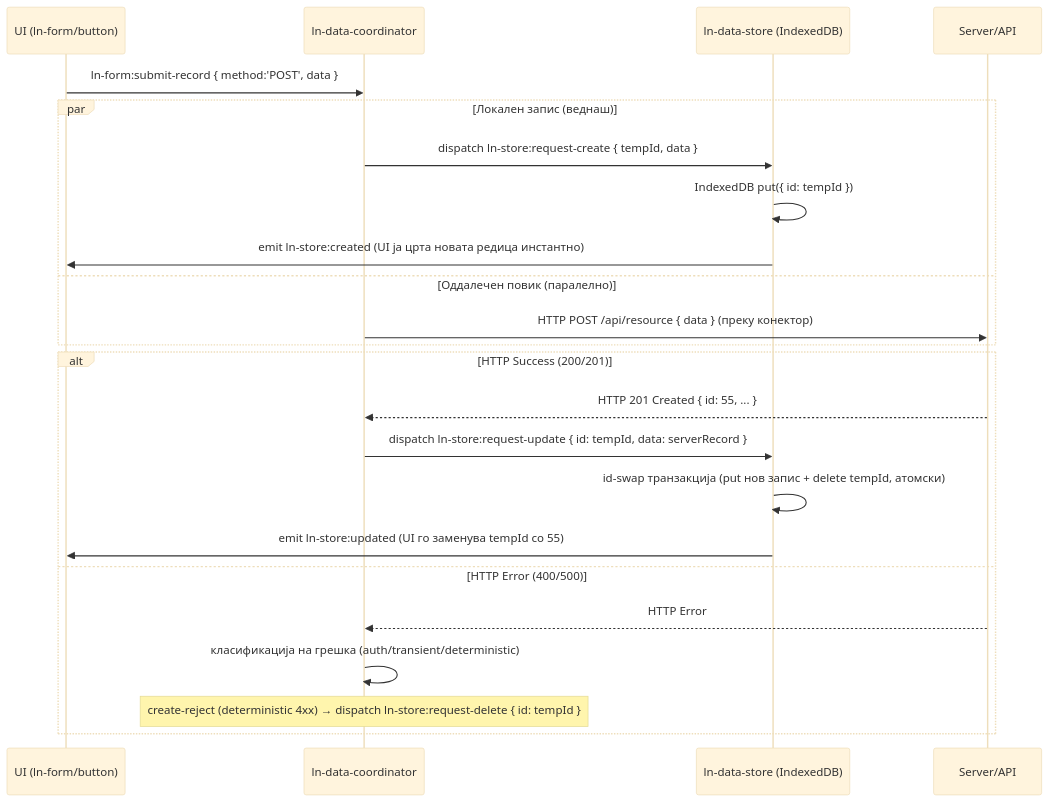
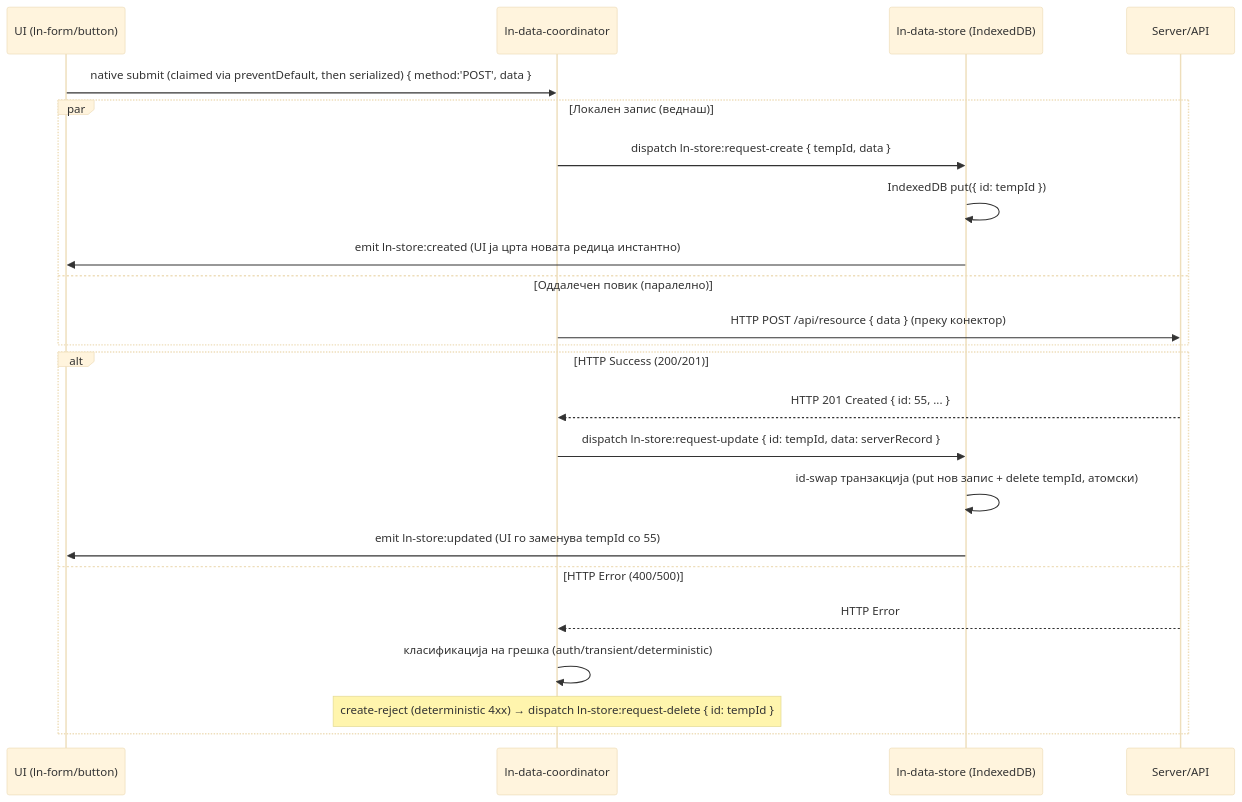
Before and after one commit to livenetworks/ln-ashlar: the diagram in architecture_docs_draft/components/ln-data-store.md, drawn with Mermaid (base theme). The commit also changed other lines of this file and 15 other files, not shown here.

Commit message:
docs: sweep native-submit intake, adopt ul/li for data-layer examples, partial ln-form draft slim

````diff
--- a/architecture_docs_draft/components/ln-data-store.md
+++ b/architecture_docs_draft/components/ln-data-store.md
@@ -97,27 +98,27 @@
 ```mermaid
 sequenceDiagram
     participant UI as UI (ln-form/button)
     participant Coord as ln-data-coordinator
     participant Store as ln-data-store (IndexedDB)
     participant Server as Server/API
 
-    UI->>Coord: ln-form:submit-record { method:'POST', data }
+    UI->>Coord: native submit (claimed via preventDefault, then serialized) { method:'POST', data }
     par Локален запис (веднаш)
         Coord->>Store: dispatch ln-store:request-create { tempId, data }
         Store->>Store: IndexedDB put({ id: tempId })
         Store->>UI: emit ln-store:created (UI ја црта новата редица инстантно)
     and Оддалечен повик (паралелно)
         Coord->>Server: HTTP POST /api/resource { data } (преку конектор)
     end
 
     alt HTTP Success (200/201)
         Server-->>Coord: HTTP 201 Created { id: 55, ... }
         Coord->>Store: dispatch ln-store:request-update { id: tempId, data: serverRecord }
         Store->>Store: id-swap транзакција (put нов запис + delete tempId, атомски)
         Store->>UI: emit ln-store:updated (UI го заменува tempId со 55)
     else HTTP Error (400/500)
         Server-->>Coord: HTTP Error
         Coord->>Coord: класификација на грешка (auth/transient/deterministic)
         Note over Coord: create-reject (deterministic 4xx) → dispatch ln-store:request-delete { id: tempId }
     end
 ```
````
